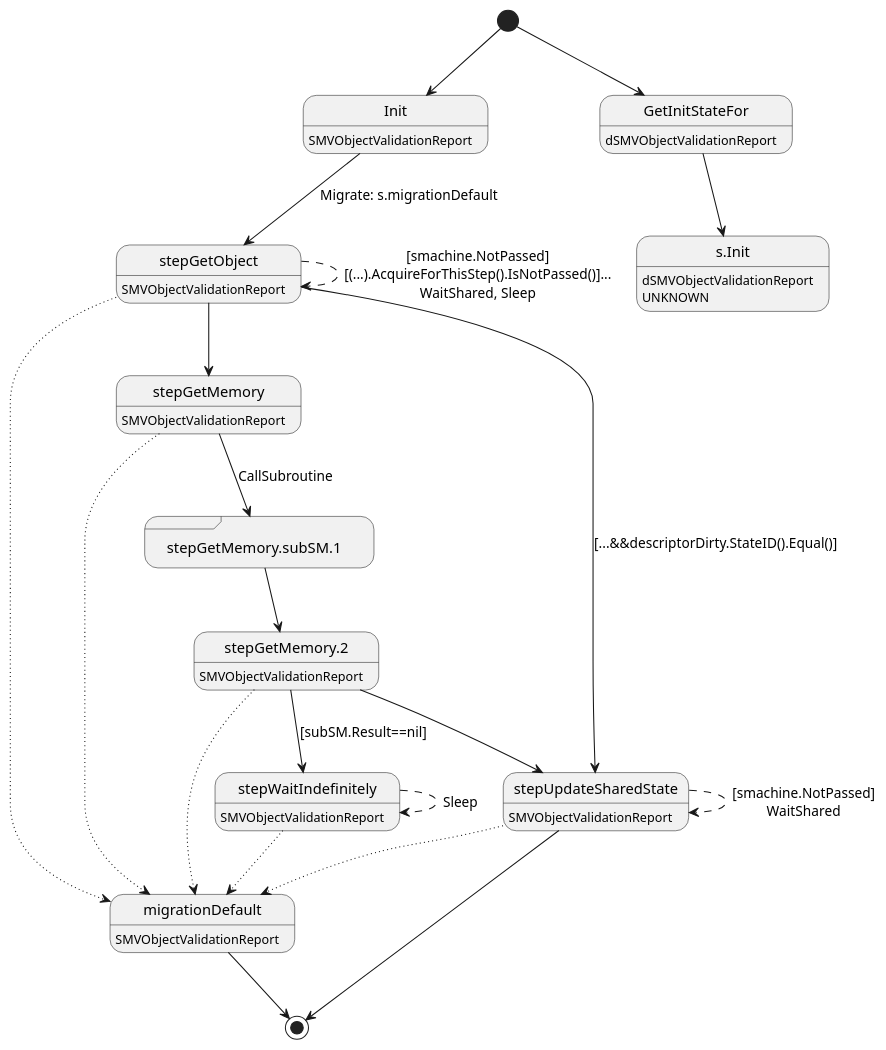
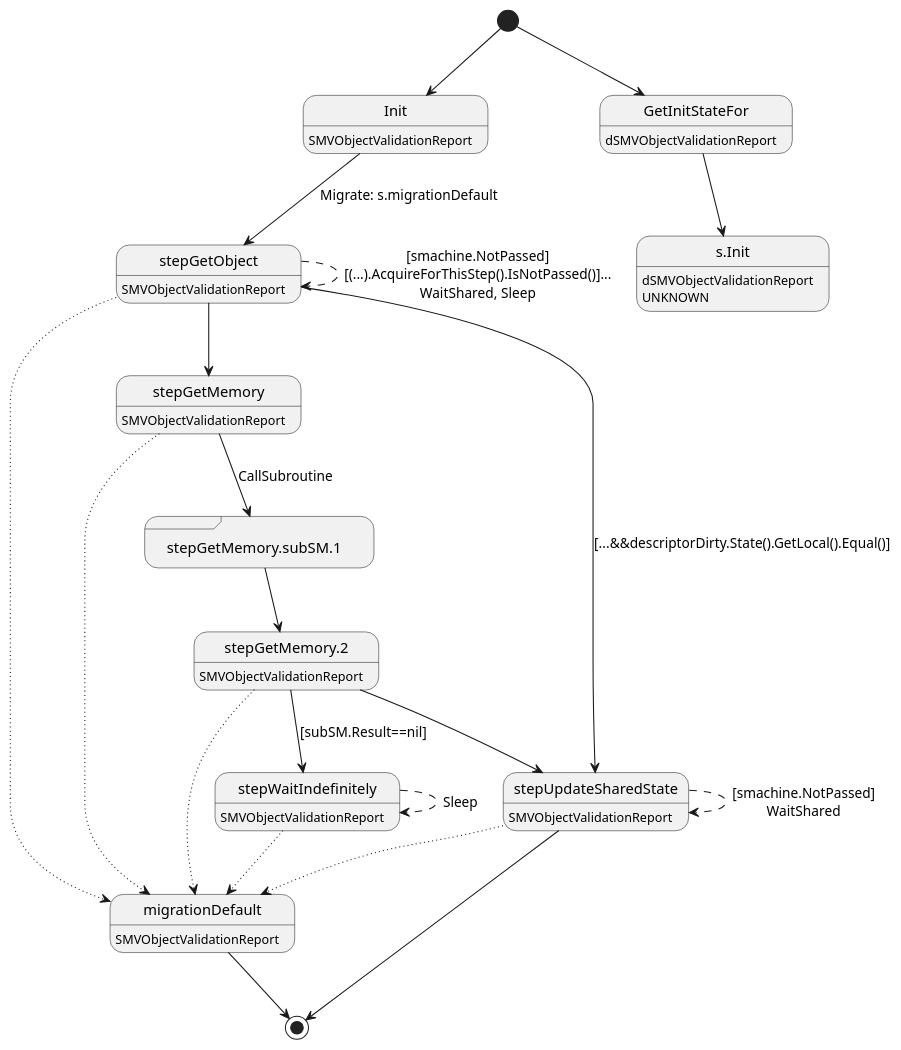
Before and after one commit to insolar/assured-ledger: the diagram in ledger-core/virtual/handlers/vobjectvalidationreport.plantuml, drawn with PlantUML. The commit also changed 3 other files, not shown here.

```diff
--- a/ledger-core/virtual/handlers/vobjectvalidationreport.plantuml
+++ b/ledger-core/virtual/handlers/vobjectvalidationreport.plantuml
@@ -1,42 +1,42 @@
 @startuml
 state "Init" as T01_S002
 T01_S002 : SMVObjectValidationReport
 [*] --> T01_S002
 T01_S002 --> T01_S003 : Migrate: s.migrationDefault
 state "migrationDefault" as T01_S001
 T01_S001 : SMVObjectValidationReport
 T01_S001 --> [*]
 state "stepGetMemory" as T01_S005
 T01_S005 : SMVObjectValidationReport
 T01_S005 --[dotted]> T01_S001
 T01_S005 --> T01_S006 : CallSubroutine
 state "stepGetMemory.2" as T01_S007
 T01_S007 : SMVObjectValidationReport
 T01_S007 --[dotted]> T01_S001
 T01_S007 --> T01_S004 : [subSM.Result==nil]
 T01_S007 --> T01_S008
 state "stepGetMemory.subSM.1" as T01_S006 <<sdlreceive>>
 T01_S006 --> T01_S007
 state "stepGetObject" as T01_S003
 T01_S003 : SMVObjectValidationReport
 T01_S003 --[dotted]> T01_S001
 T01_S003 --[dashed]> T01_S003 : [smachine.NotPassed]\n[(...).AcquireForThisStep().IsNotPassed()]...\nWaitShared, Sleep
-T01_S003 --> T01_S008 : [...&&descriptorDirty.StateID().Equal()]
+T01_S003 --> T01_S008 : [...&&descriptorDirty.State().GetLocal().Equal()]
 T01_S003 --> T01_S005
 state "stepUpdateSharedState" as T01_S008
 T01_S008 : SMVObjectValidationReport
 T01_S008 --[dotted]> T01_S001
 T01_S008 --[dashed]> T01_S008 : [smachine.NotPassed]\nWaitShared
 T01_S008 --> [*]
 state "stepWaitIndefinitely" as T01_S004
 T01_S004 : SMVObjectValidationReport
 T01_S004 --[dotted]> T01_S001
 T01_S004 --[dashed]> T01_S004 : Sleep
 state "GetInitStateFor" as T00_S001
 T00_S001 : dSMVObjectValidationReport
 [*] --> T00_S001
 state "s.Init" as T00_U001
 T00_U001 : dSMVObjectValidationReport
 T00_U001 : UNKNOWN 
 T00_S001 --> T00_U001
 @enduml
```
